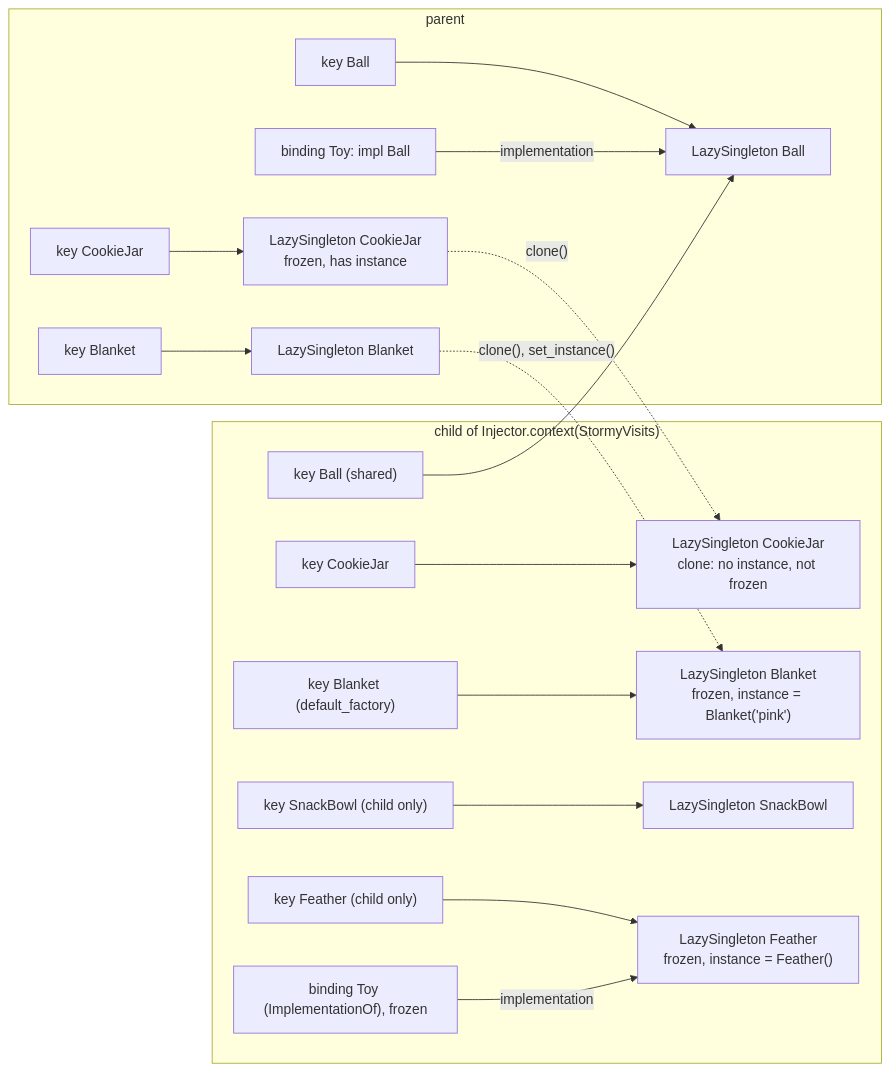
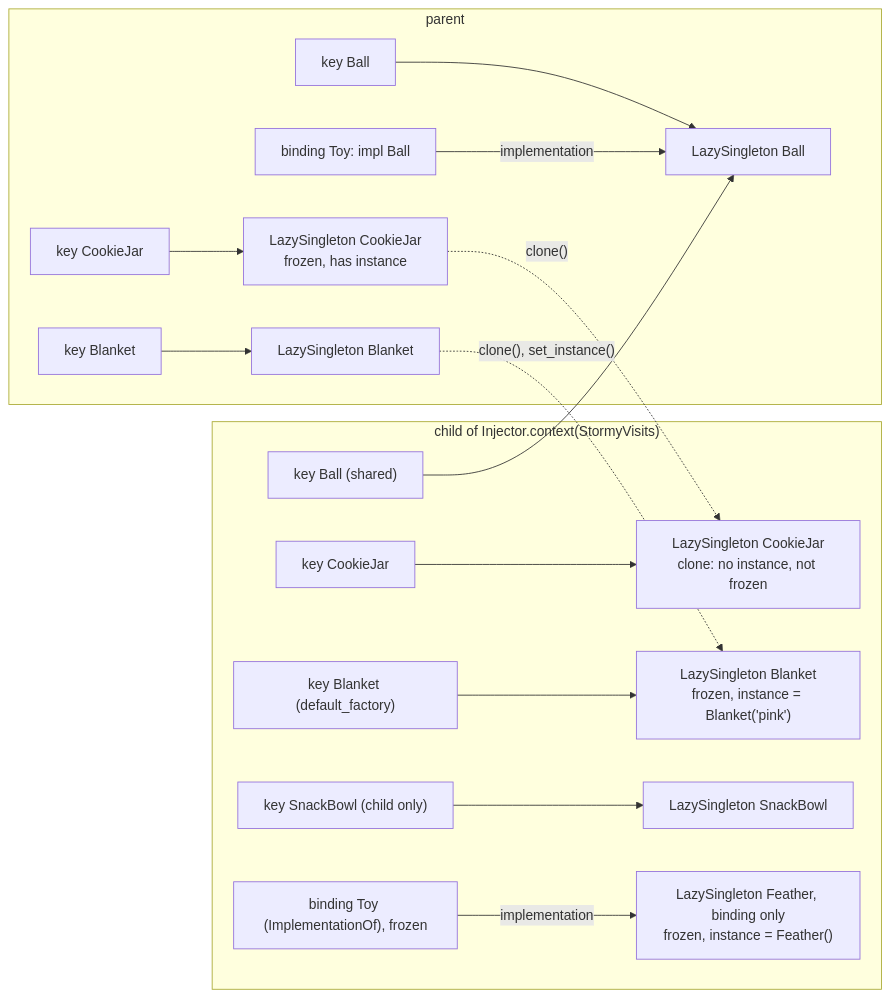
Before and after one commit to 0xf104a/smalldi: the seventh of 10 diagrams in docs/contexts.md, drawn with Mermaid. The commit also changed other lines of this file and 10 other files, not shown here.

````diff
--- a/docs/contexts.md
+++ b/docs/contexts.md
@@ -239,19 +240,18 @@
 ```mermaid
 flowchart LR
     subgraph parent["parent"]
         pJar["key CookieJar"] --> LS1["LazySingleton CookieJar<br/>frozen, has instance"]
         pBlanket["key Blanket"] --> LS2["LazySingleton Blanket"]
         pBall["key Ball"] --> LS5["LazySingleton Ball"]
         pToy["binding Toy: impl Ball"] -- implementation --> LS5
     end
     subgraph child["child of Injector.context(StormyVisits)"]
         cJar["key CookieJar"] --> LS1c["LazySingleton CookieJar<br/>clone: no instance, not frozen"]
         cBlanket["key Blanket (default_factory)"] --> LS2c["LazySingleton Blanket<br/>frozen, instance = Blanket('pink')"]
         cBowl["key SnackBowl (child only)"] --> LS3["LazySingleton SnackBowl"]
         cBall["key Ball (shared)"] --> LS5
-        cFeather["key Feather (child only)"] --> LS4["LazySingleton Feather<br/>frozen, instance = Feather()"]
-        cToy["binding Toy (ImplementationOf), frozen"] -- implementation --> LS4
+        cToy["binding Toy (ImplementationOf), frozen"] -- implementation --> LS4["LazySingleton Feather, binding only<br/>frozen, instance = Feather()"]
     end
     LS1 -. "clone()" .-> LS1c
     LS2 -. "clone(), set_instance()" .-> LS2c
 ```
````
